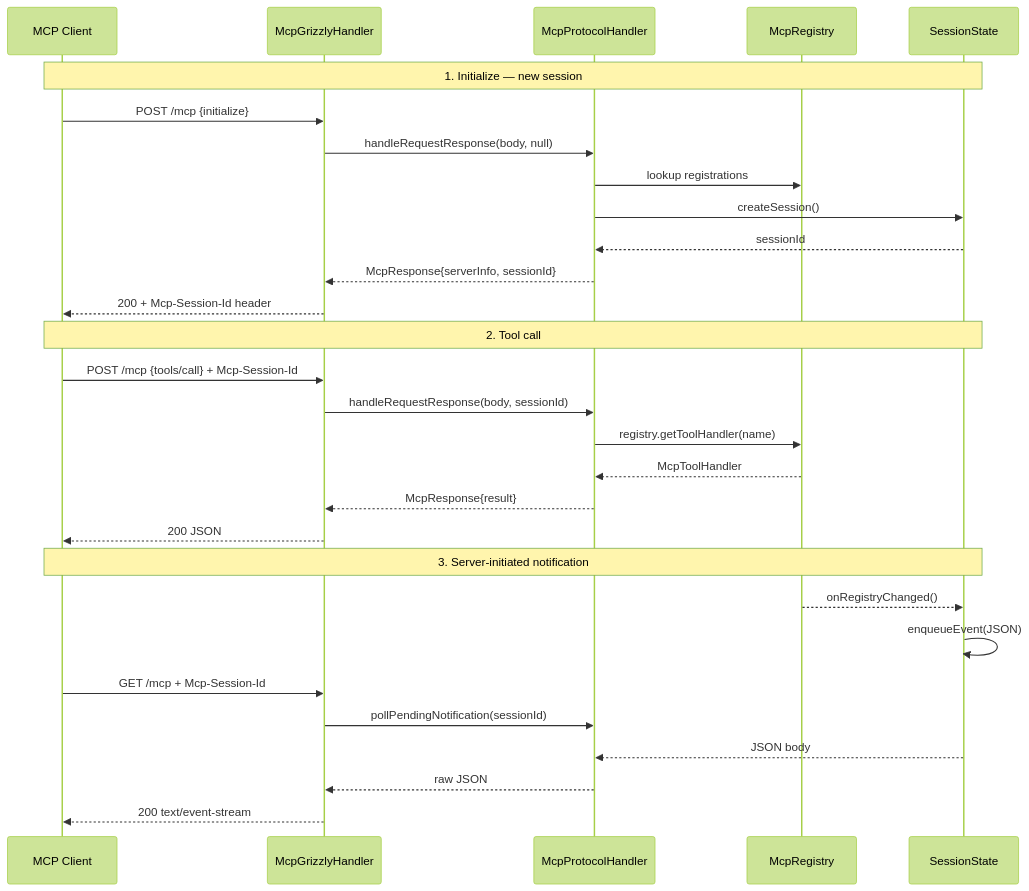
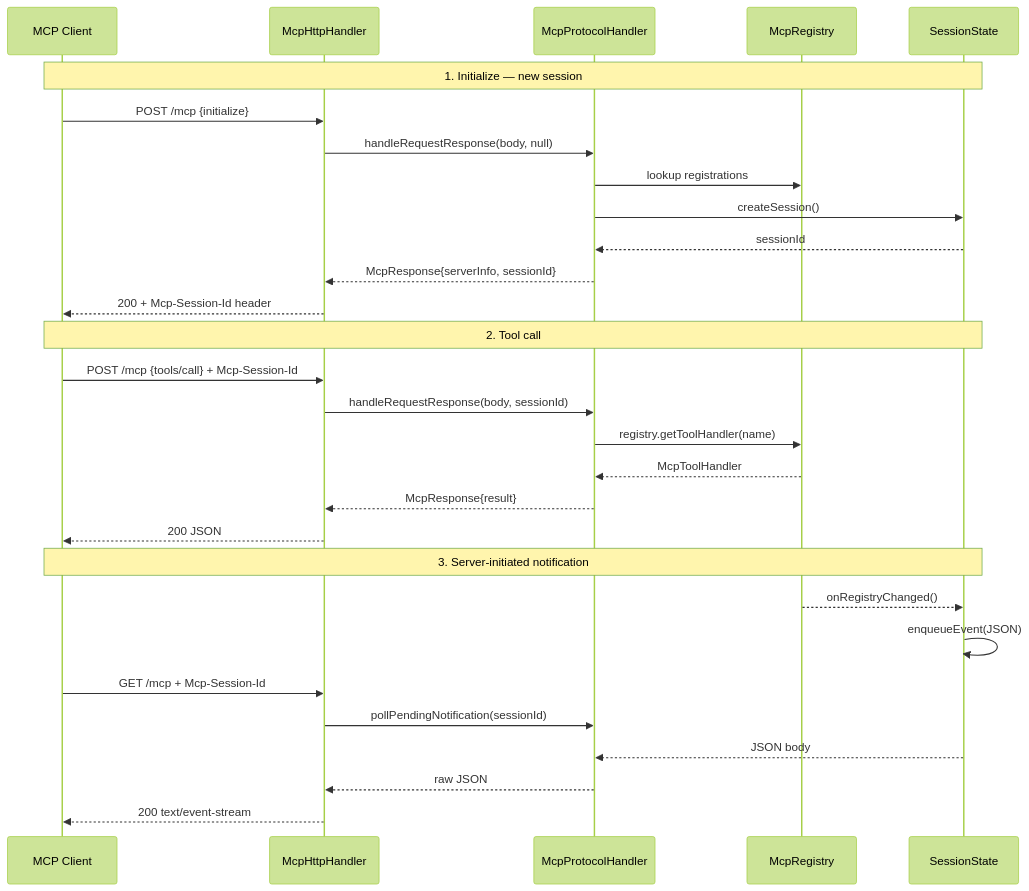
One commit to vinhphan812/mcp-java-sdk changed the second of 4 diagrams in README.md. Above: the diagram before and after it, drawn with Mermaid (forest theme). The commit also changed other lines of this file and 2 other files, not shown here.

````diff
--- a/README.md
+++ b/README.md
@@ -282,34 +282,34 @@
 ```mermaid
 sequenceDiagram
     participant C as MCP Client
-    participant T as McpGrizzlyHandler
+    participant T as McpHttpHandler
     participant P as McpProtocolHandler
     participant R as McpRegistry
     participant S as SessionState
 
     Note over C,S: 1. Initialize — new session
     C->>T: POST /mcp {initialize}
     T->>P: handleRequestResponse(body, null)
     P->>R: lookup registrations
     P->>S: createSession()
     S-->>P: sessionId
     P-->>T: McpResponse{serverInfo, sessionId}
     T-->>C: 200 + Mcp-Session-Id header
 
     Note over C,S: 2. Tool call
     C->>T: POST /mcp {tools/call} + Mcp-Session-Id
     T->>P: handleRequestResponse(body, sessionId)
     P->>R: registry.getToolHandler(name)
     R-->>P: McpToolHandler
     P-->>T: McpResponse{result}
     T-->>C: 200 JSON
 
     Note over C,S: 3. Server-initiated notification
     R-->>S: onRegistryChanged()
     S->>S: enqueueEvent(JSON)
     C->>T: GET /mcp + Mcp-Session-Id
     T->>P: pollPendingNotification(sessionId)
     S-->>P: JSON body
     P-->>T: raw JSON
     T-->>C: 200 text/event-stream
 ```
````
